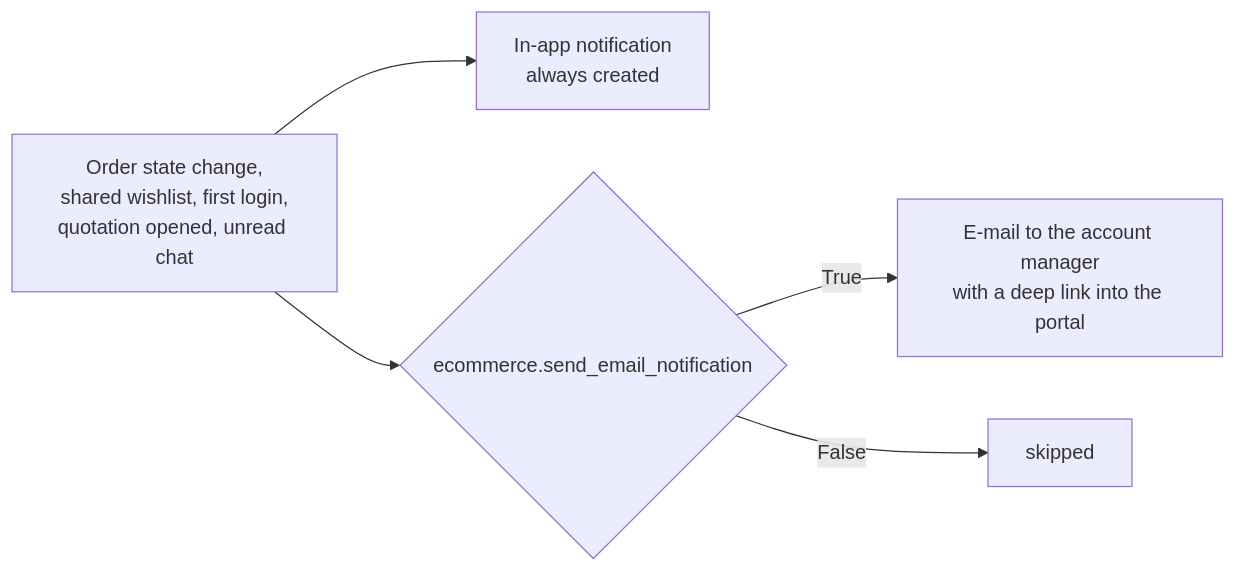
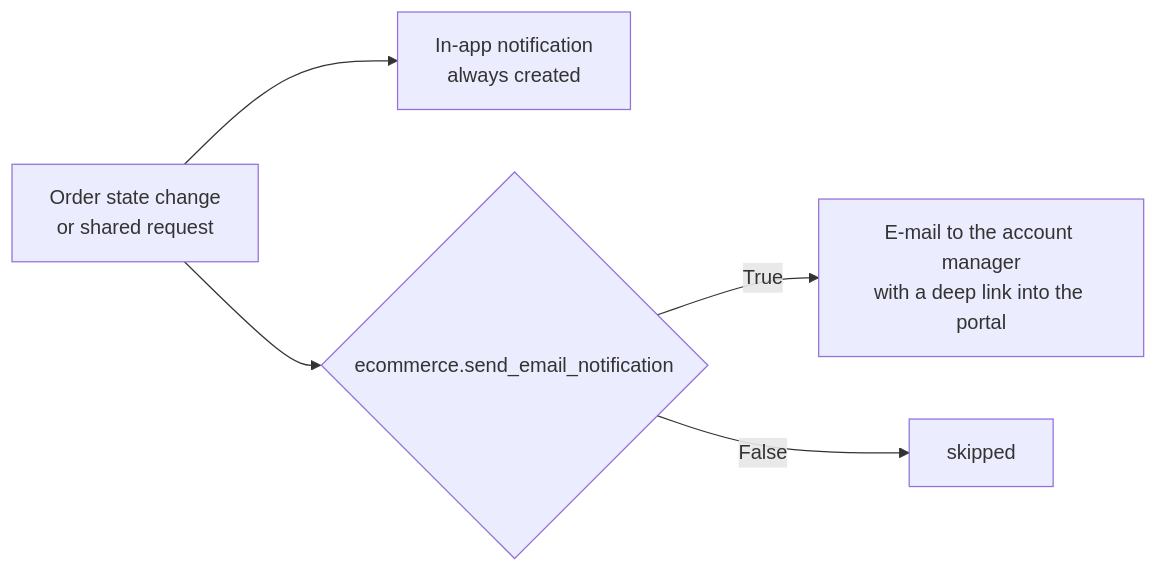
Before and after one commit to LaplaceSoftware/lp_projects_docs: the sixth of 6 diagrams in docs/b2b_ecommerce_docs/_technical_docs/012-Realtime-and-Messaging.md, drawn with Mermaid. The commit also changed other lines of this file and 48 other files, not shown here.

````diff
--- a/docs/b2b_ecommerce_docs/_technical_docs/012-Realtime-and-Messaging.md
+++ b/docs/b2b_ecommerce_docs/_technical_docs/012-Realtime-and-Messaging.md
@@ -177,7 +166,7 @@
 ```mermaid
 flowchart LR
-    EV["Order state change,<br/>shared wishlist, first login,<br/>quotation opened, unread chat"] --> N["In-app notification<br/>always created"]
+    EV["Order state change<br/>or shared request"] --> N["In-app notification<br/>always created"]
     EV --> Q{"ecommerce.send_email_notification"}
     Q -->|True| M["E-mail to the account manager<br/>with a deep link into the portal"]
     Q -->|False| S["skipped"]
 ```
````
